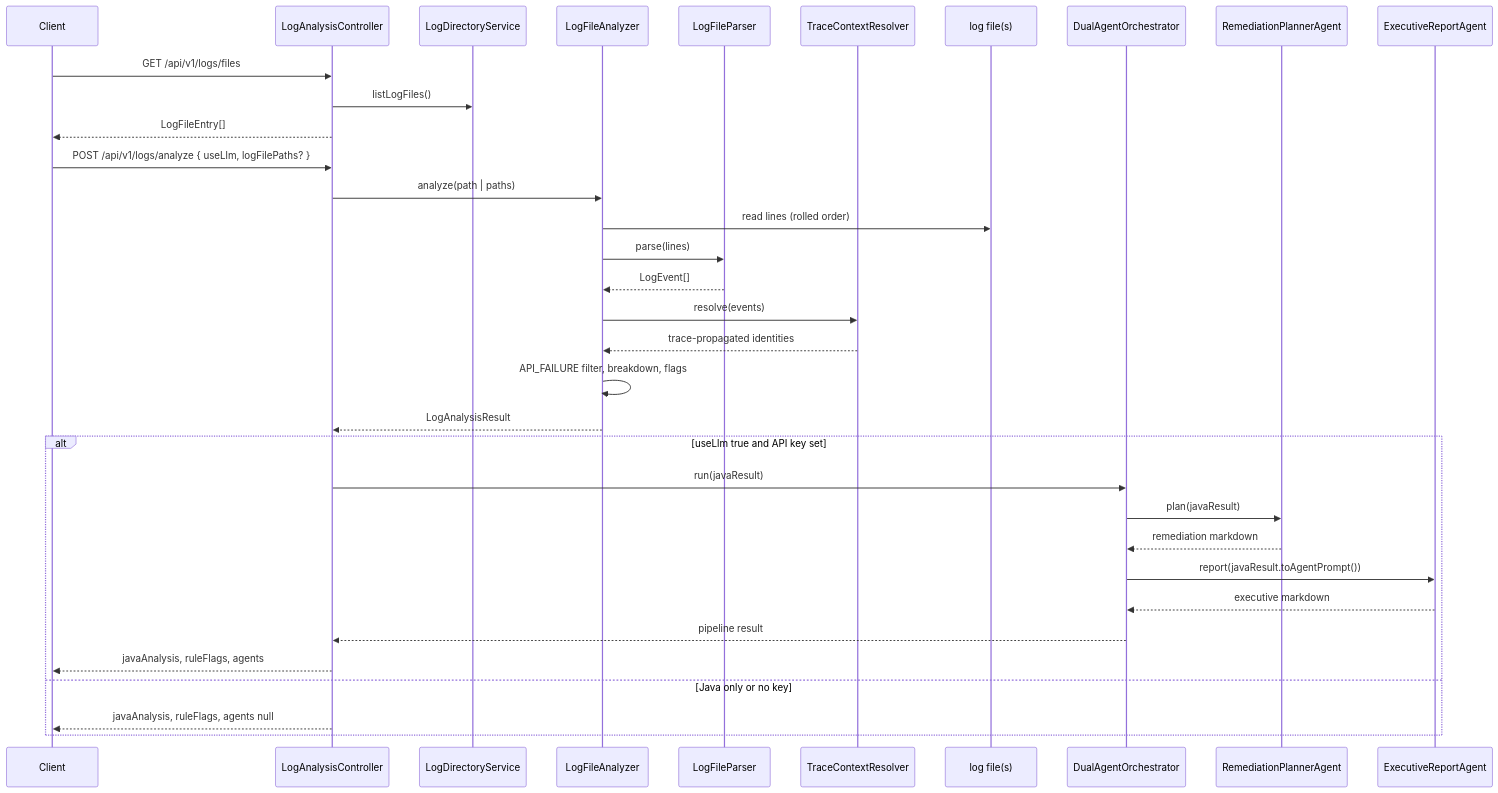
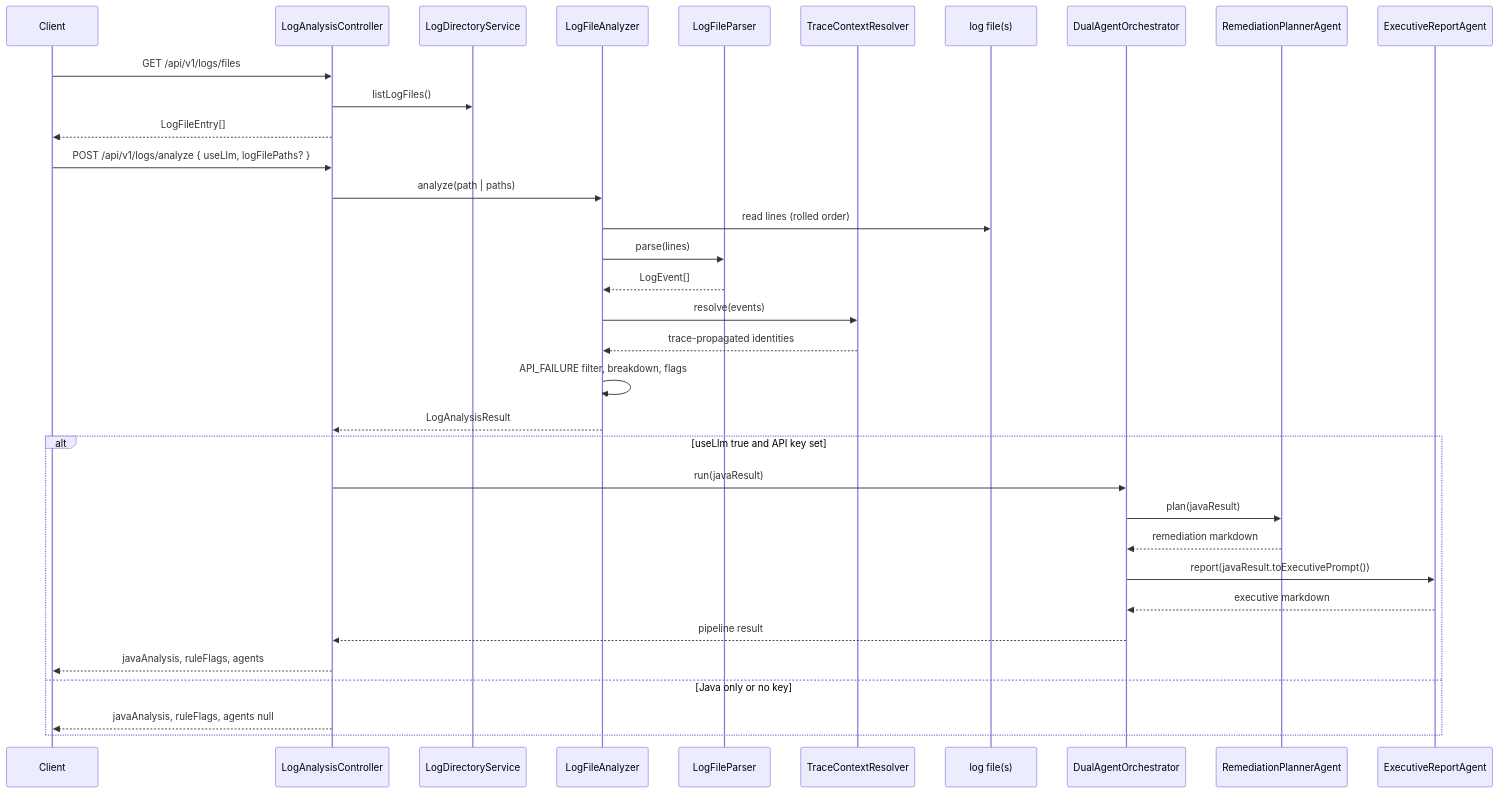
The second of 4 diagrams in docs/architecture/FLOW.md (gajjalaroshan/test1), drawn with Mermaid before and after one commit. The commit also changed 11 other files, not shown here.

````diff
--- a/docs/architecture/FLOW.md
+++ b/docs/architecture/FLOW.md
@@ -36,39 +36,39 @@
 ```mermaid
 sequenceDiagram
     participant C as Client
     participant LA as LogAnalysisController
     participant LDS as LogDirectoryService
     participant A as LogFileAnalyzer
     participant P as LogFileParser
     participant TCR as TraceContextResolver
     participant F as log file(s)
     participant O as DualAgentOrchestrator
     participant RP as RemediationPlannerAgent
     participant ER as ExecutiveReportAgent
 
     C->>LA: GET /api/v1/logs/files
     LA->>LDS: listLogFiles()
     LA-->>C: LogFileEntry[]
 
     C->>LA: POST /api/v1/logs/analyze { useLlm, logFilePaths? }
     LA->>A: analyze(path | paths)
     A->>F: read lines (rolled order)
     A->>P: parse(lines)
     P-->>A: LogEvent[]
     A->>TCR: resolve(events)
     TCR-->>A: trace-propagated identities
     A->>A: API_FAILURE filter, breakdown, flags
     A-->>LA: LogAnalysisResult
 
     alt useLlm true and API key set
         LA->>O: run(javaResult)
         O->>RP: plan(javaResult)
         RP-->>O: remediation markdown
-        O->>ER: report(javaResult.toAgentPrompt())
+        O->>ER: report(javaResult.toExecutivePrompt())
         ER-->>O: executive markdown
         O-->>LA: pipeline result
         LA-->>C: javaAnalysis, ruleFlags, agents
     else Java only or no key
         LA-->>C: javaAnalysis, ruleFlags, agents null
     end
 ```
````
